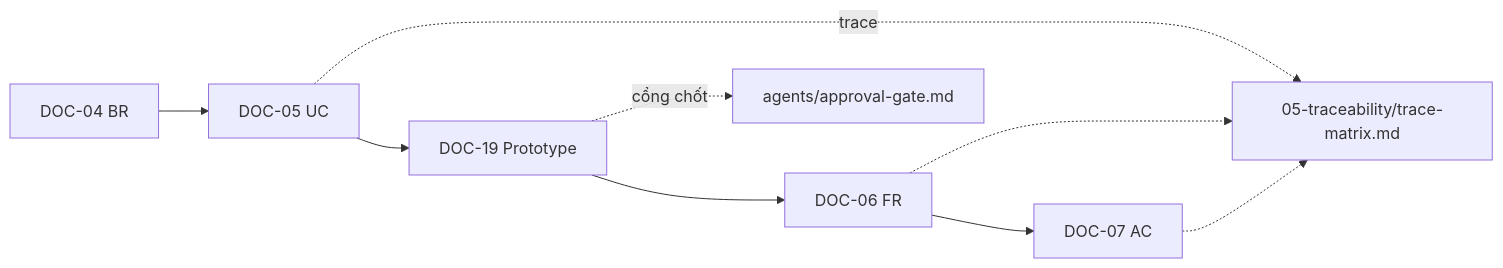
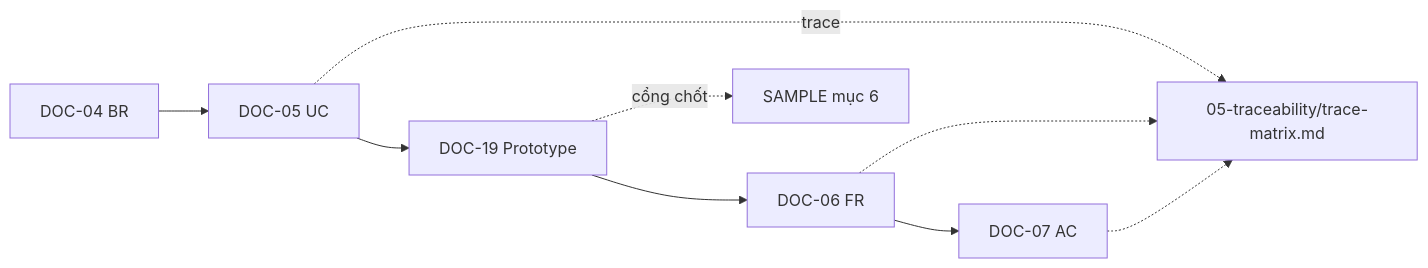
One commit to hoangnh2412/ai-skills changed the second of 3 diagrams in src/router/docs/pipeline.md. Above: the diagram before and after it, drawn with Mermaid. The commit also changed other lines of this file and 45 other files, not shown here.

````diff
--- a/src/router/docs/pipeline.md
+++ b/src/router/docs/pipeline.md
@@ -74,8 +74,8 @@
 ```mermaid
 flowchart LR
   BR[DOC-04 BR] --> UC[DOC-05 UC] --> PROTO[DOC-19 Prototype] --> FR[DOC-06 FR] --> AC[DOC-07 AC]
   UC -.->|trace| TM["05-traceability/trace-matrix.md"]
-  PROTO -.->|cổng chốt| G["agents/approval-gate.md"]
+  PROTO -.->|cổng chốt| G["SAMPLE mục 6"]
   FR -.-> TM
   AC -.-> TM
 ```
````
